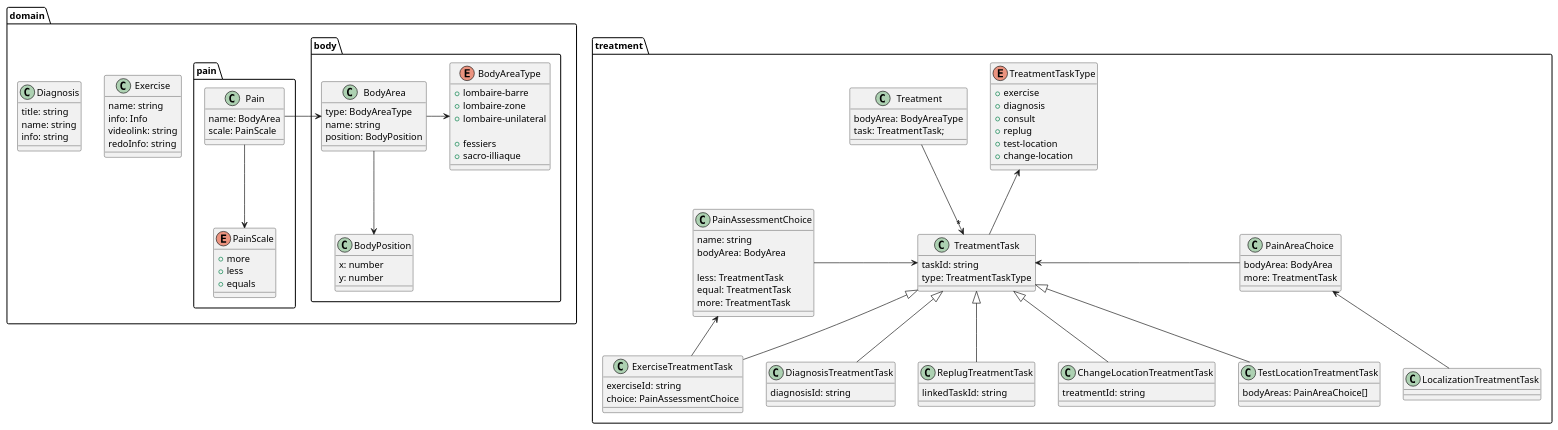
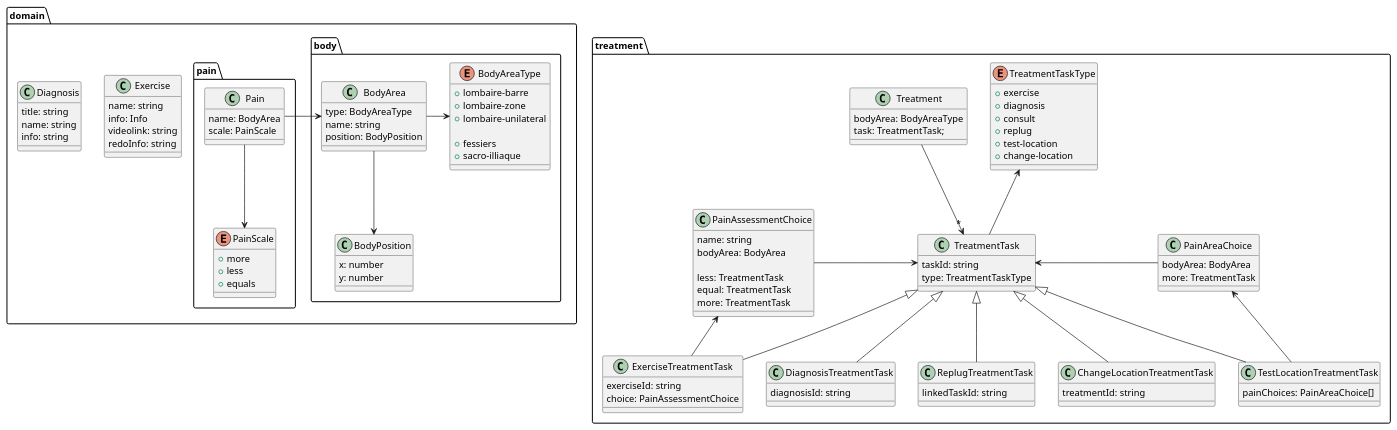
Before and after one commit to cevex/kinetic: the diagram in documentation/puml/domain.model.puml, drawn with PlantUML. The commit also changed 3 other files, not shown here.

```diff
--- a/documentation/puml/domain.model.puml
+++ b/documentation/puml/domain.model.puml
@@ -1,136 +1,136 @@
 @startuml
 
 package domain {
     package body {
 
         class BodyArea {
             type: BodyAreaType
             name: string
             position: BodyPosition
         }
 
         enum BodyAreaType {
             + lombaire-barre
             + lombaire-zone
             + lombaire-unilateral
 
             + fessiers
             + sacro-illiaque
         }
 
         class BodyPosition {
             x: number
             y: number
         }
 
         BodyArea -r-> BodyAreaType
         BodyArea --> BodyPosition
     }
 
     package pain {
 
         class Pain {
             name: BodyArea
             scale: PainScale
         }
 
         enum PainScale {
             + more
             + less
             + equals
         }
 
         Pain --> PainScale
         Pain -r-> BodyArea
     }
 
     class Exercise {
         name: string
         info: Info
         videolink: string
         redoInfo: string
     }
 
     class Diagnosis {
         title: string
         name: string
         info: string
     }
 }
 
 package treatment {
 
     class Treatment {
         bodyArea: BodyAreaType
         task: TreatmentTask;
     }
 
     class TreatmentTask {
         taskId: string
         type: TreatmentTaskType
     }
 
     enum TreatmentTaskType {
         + exercise
         + diagnosis
         + consult
         + replug
         + test-location
         + change-location
         '+ pain-assessment
     }
 
     class ExerciseTreatmentTask {
         exerciseId: string
         choice: PainAssessmentChoice
     }
 
     class DiagnosisTreatmentTask {
         diagnosisId: string
     }
 
     class ReplugTreatmentTask {
         linkedTaskId: string
     }
 
     class ChangeLocationTreatmentTask {
         treatmentId: string
     }
 
     class TestLocationTreatmentTask {
-        bodyAreas: PainAreaChoice[]
+        painChoices: PainAreaChoice[]
     }
 
     class PainAssessmentChoice {
         name: string
         bodyArea: BodyArea
 
         less: TreatmentTask
         equal: TreatmentTask
         more: TreatmentTask
     }
 
     class PainAreaChoice {
         bodyArea: BodyArea
         more: TreatmentTask
     }
 
 
     Treatment --> "*" TreatmentTask
 
     TreatmentTask -u-> TreatmentTaskType
 
     TreatmentTask <|-- ExerciseTreatmentTask
     TreatmentTask <|-- DiagnosisTreatmentTask
     TreatmentTask <|-- ReplugTreatmentTask
     TreatmentTask <|-- TestLocationTreatmentTask
     TreatmentTask <|--  ChangeLocationTreatmentTask
 
     ExerciseTreatmentTask -u-> PainAssessmentChoice
-    LocalizationTreatmentTask -u-> PainAreaChoice
+    TestLocationTreatmentTask -u-> PainAreaChoice
 
     PainAssessmentChoice -r-> TreatmentTask
     PainAreaChoice -l-> TreatmentTask
 }
 
 @enduml
```
